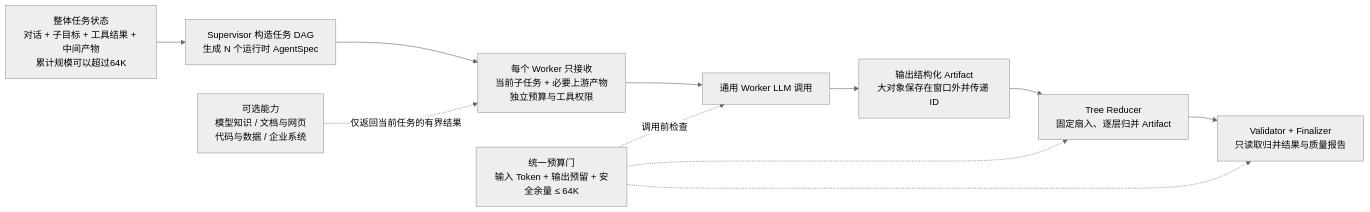
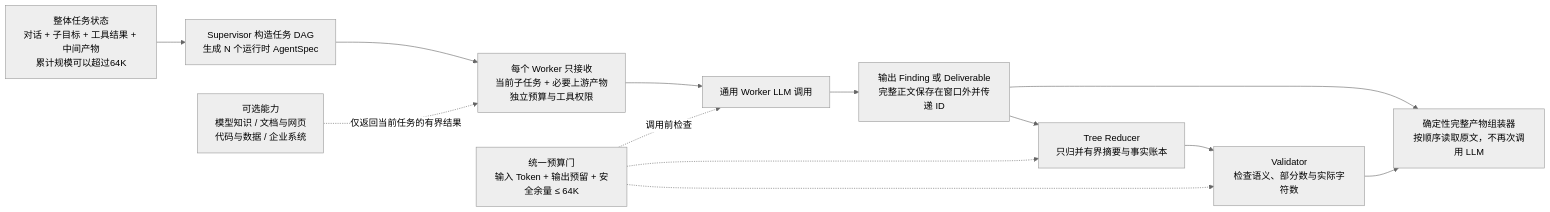
Before and after one commit to chilingche1111-blip/Muti-agent: the second of 2 diagrams in README.md, drawn with Mermaid (neutral theme). The commit also changed other lines of this file and 9 other files, not shown here.

````diff
--- a/README.md
+++ b/README.md
@@ -162,14 +168,16 @@
 ```mermaid
 flowchart LR
     TASK["整体任务状态<br/>对话 + 子目标 + 工具结果 + 中间产物<br/>累计规模可以超过64K"] --> PLAN["Supervisor 构造任务 DAG<br/>生成 N 个运行时 AgentSpec"]
     PLAN --> PACK["每个 Worker 只接收<br/>当前子任务 + 必要上游产物<br/>独立预算与工具权限"]
     PACK --> WORKER["通用 Worker LLM 调用"]
     TOOL["可选能力<br/>模型知识 / 文档与网页<br/>代码与数据 / 企业系统"] -. "仅返回当前任务的有界结果" .-> PACK
-    WORKER --> FINDING["输出结构化 Artifact<br/>大对象保存在窗口外并传递 ID"]
-    FINDING --> REDUCE["Tree Reducer<br/>固定扇入、逐层归并 Artifact"]
-    REDUCE --> FINAL["Validator + Finalizer<br/>只读取归并结果与质量报告"]
+    WORKER --> FINDING["输出 Finding 或 Deliverable<br/>完整正文保存在窗口外并传递 ID"]
+    FINDING --> REDUCE["Tree Reducer<br/>只归并有界摘要与事实账本"]
+    REDUCE --> FINAL["Validator<br/>检查语义、部分数与实际字符数"]
+    FINDING --> ASSEMBLE["确定性完整产物组装器<br/>按顺序读取原文，不再次调用 LLM"]
+    FINAL --> ASSEMBLE
 
     LIMIT["统一预算门<br/>输入 Token + 输出预留 + 安全余量 ≤ 64K"] -. "调用前检查" .-> WORKER
     LIMIT -.-> REDUCE
     LIMIT -.-> FINAL
 ```
````
